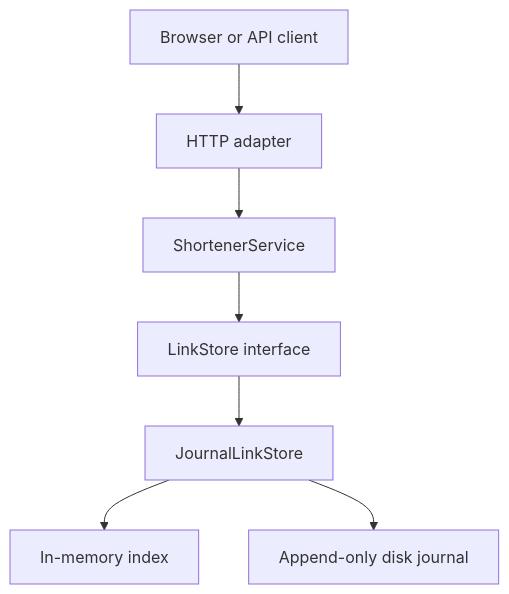
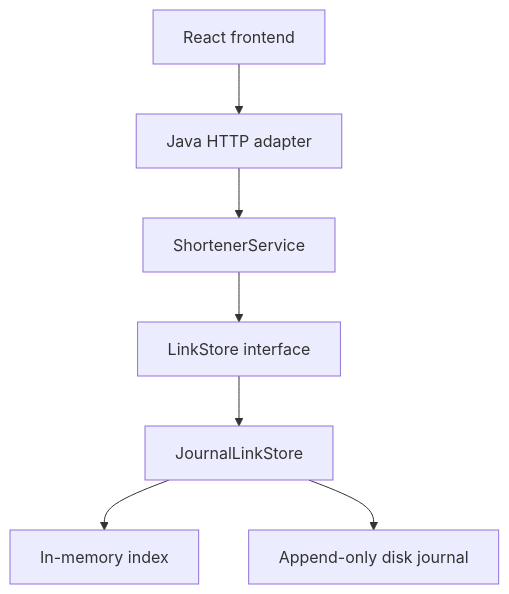
Before and after one commit to oshokry/urlshortner: the diagram in README.md, drawn with Mermaid. The commit also changed other lines of this file and 26 other files, not shown here.

Commit message:
Separate React frontend from Java API with UI and browser regression tests

````diff
--- a/README.md
+++ b/README.md
@@ -133,9 +148,9 @@
 ```mermaid
 flowchart TD
-    A[Browser or API client] --> B[HTTP adapter]
+    A[React frontend] --> B[Java HTTP adapter]
     B --> C[ShortenerService]
     C --> D[LinkStore interface]
     D --> E[JournalLinkStore]
     E --> F[In-memory index]
     E --> G[Append-only disk journal]
 ```
````
